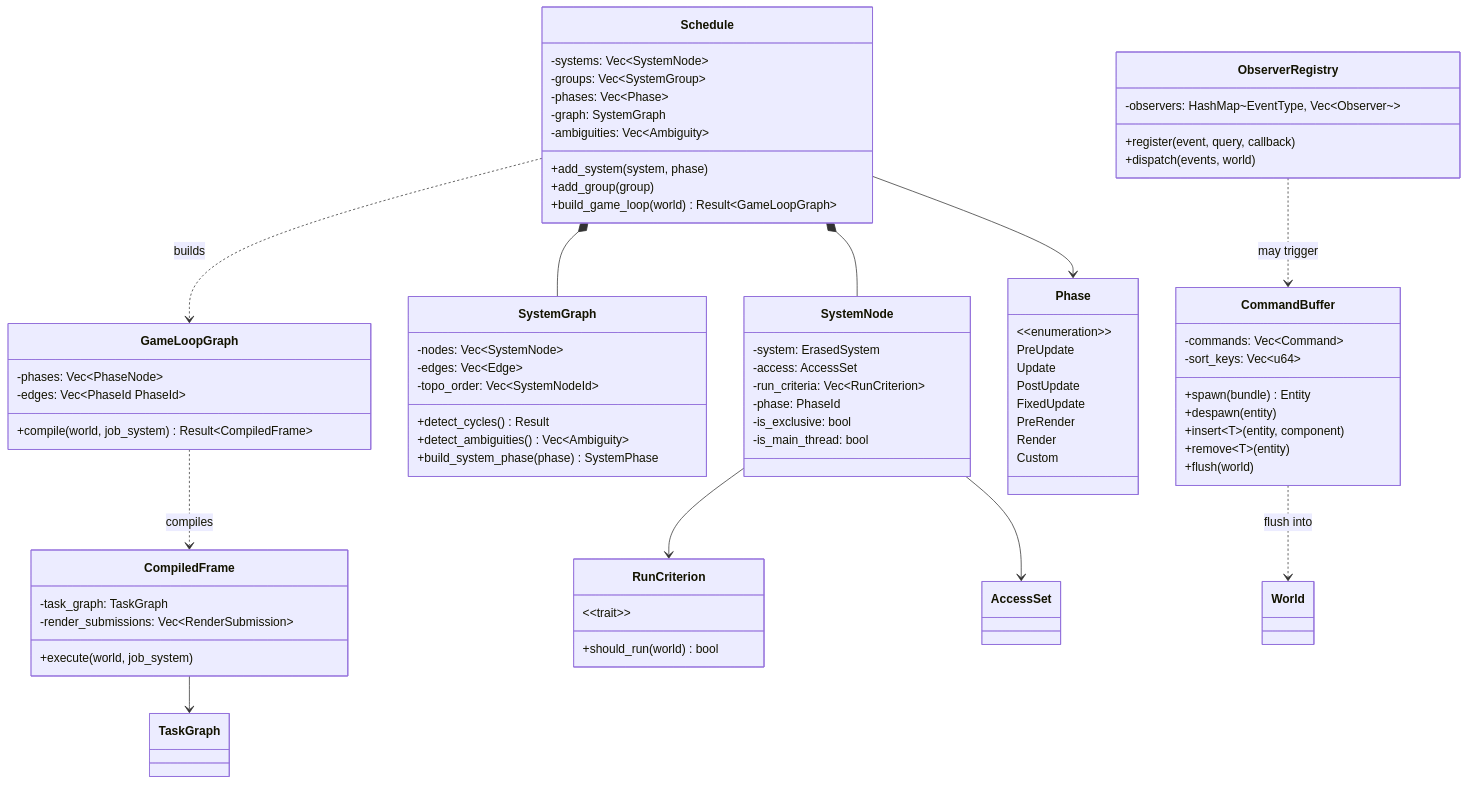
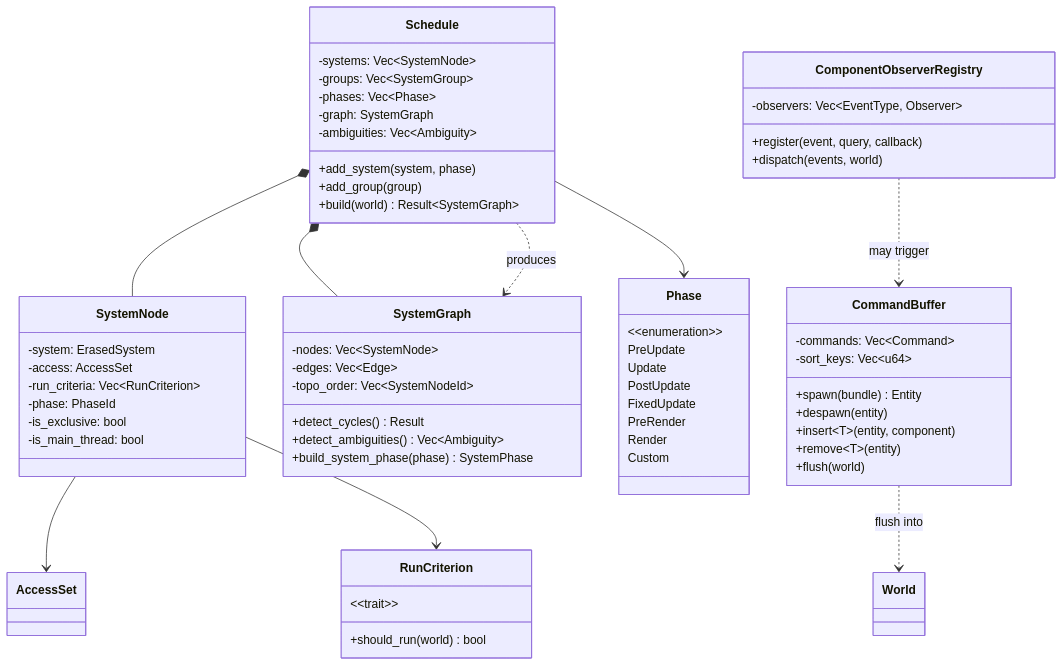
Before and after one commit to harmonius-dev/harmonius: the fourth of 9 diagrams in docs/design/core-runtime/ecs.md, drawn with Mermaid. The commit also changed other lines of this file and 143 other files, not shown here.

````diff
--- a/docs/design/core-runtime/ecs.md
+++ b/docs/design/core-runtime/ecs.md
@@ -457,7 +468,7 @@
         -ambiguities: Vec~Ambiguity~
         +add_system(system, phase)
         +add_group(group)
-        +build_game_loop(world) Result~GameLoopGraph~
+        +build(world) Result~SystemGraph~
     }
 
     class SystemNode {
@@ -476,18 +487,6 @@
         +detect_cycles() Result
         +detect_ambiguities() Vec~Ambiguity~
         +build_system_phase(phase) SystemPhase
-    }
-
-    class GameLoopGraph {
-        -phases: Vec~PhaseNode~
-        -edges: Vec~PhaseId PhaseId~
-        +compile(world, job_system) Result~CompiledFrame~
-    }
-
-    class CompiledFrame {
-        -task_graph: TaskGraph
-        -render_submissions: Vec~RenderSubmission~
-        +execute(world, job_system)
     }
 
     class Phase {
@@ -516,8 +515,8 @@
         +flush(world)
     }
 
-    class ObserverRegistry {
-        -observers: HashMap~EventType, Vec~Observer~~
+    class ComponentObserverRegistry {
+        -observers: Vec~EventType, Observer~
         +register(event, query, callback)
         +dispatch(events, world)
     }
@@ -527,9 +526,7 @@
     Schedule --> Phase
     SystemNode --> AccessSet
     SystemNode --> RunCriterion
-    Schedule ..> GameLoopGraph : builds
-    GameLoopGraph ..> CompiledFrame : compiles
-    CompiledFrame --> TaskGraph
+    Schedule ..> SystemGraph : produces
     CommandBuffer ..> World : flush into
-    ObserverRegistry ..> CommandBuffer : may trigger
+    ComponentObserverRegistry ..> CommandBuffer : may trigger
 ```
````
